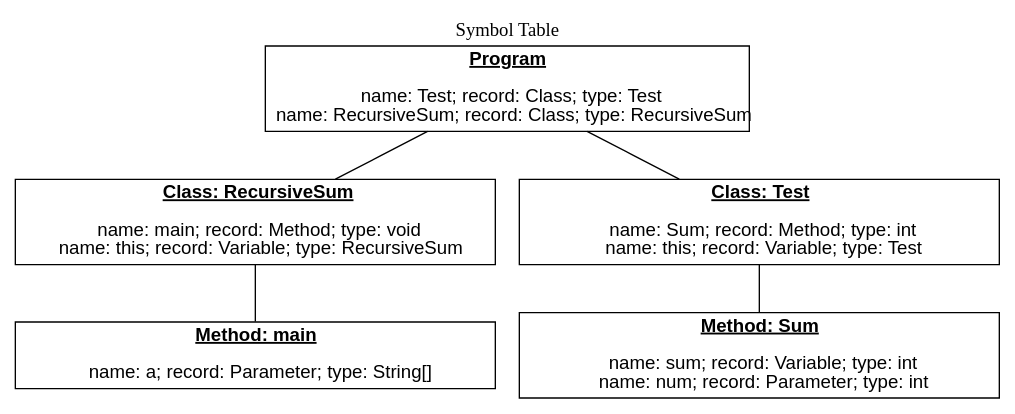
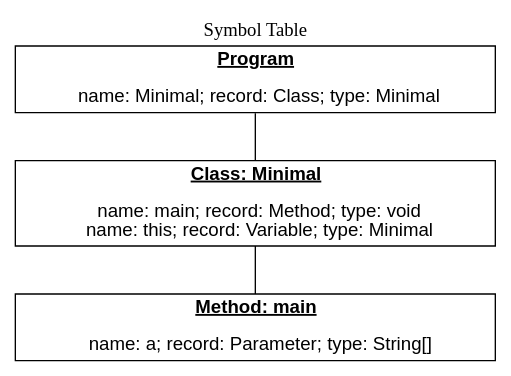
Before and after one commit to alexyhb/Compiler3IR: the diagram in st.dot, drawn with Graphviz. The commit also changed 67 other files, not shown here.

```diff
--- a/st.dot
+++ b/st.dot
@@ -1,30 +1,19 @@
 graph {
 label="Symbol Table";
 labelloc="t";
 
 node [shape=rect, fontname=Arial, width=5];
 
 n0 [label=<<U><B>Program</B></U><BR/><BR/>
-name: Test; record: Class; type: Test<BR/>
-name: RecursiveSum; record: Class; type: RecursiveSum<BR/>
+name: Minimal; record: Class; type: Minimal<BR/>
 >];
 n0 -- n1;
-n1 [label=<<U><B>Class: RecursiveSum</B></U><BR/><BR/>
+n1 [label=<<U><B>Class: Minimal</B></U><BR/><BR/>
 name: main; record: Method; type: void<BR/>
-name: this; record: Variable; type: RecursiveSum<BR/>
+name: this; record: Variable; type: Minimal<BR/>
 >];
 n1 -- n2;
 n2 [label=<<U><B>Method: main</B></U><BR/><BR/>
 name: a; record: Parameter; type: String[]<BR/>
 >];
-n0 -- n3;
-n3 [label=<<U><B>Class: Test</B></U><BR/><BR/>
-name: Sum; record: Method; type: int<BR/>
-name: this; record: Variable; type: Test<BR/>
->];
-n3 -- n4;
-n4 [label=<<U><B>Method: Sum</B></U><BR/><BR/>
-name: sum; record: Variable; type: int<BR/>
-name: num; record: Parameter; type: int<BR/>
->];
 }
```
